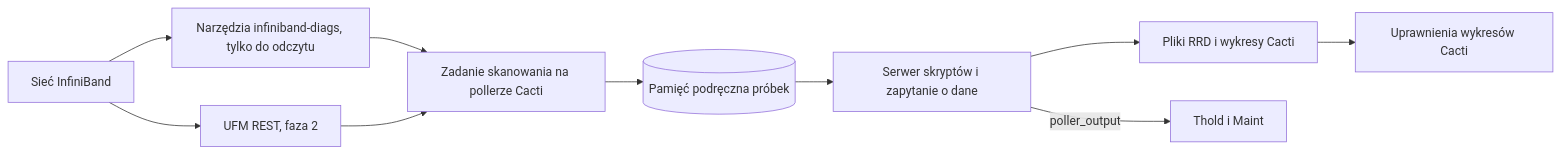
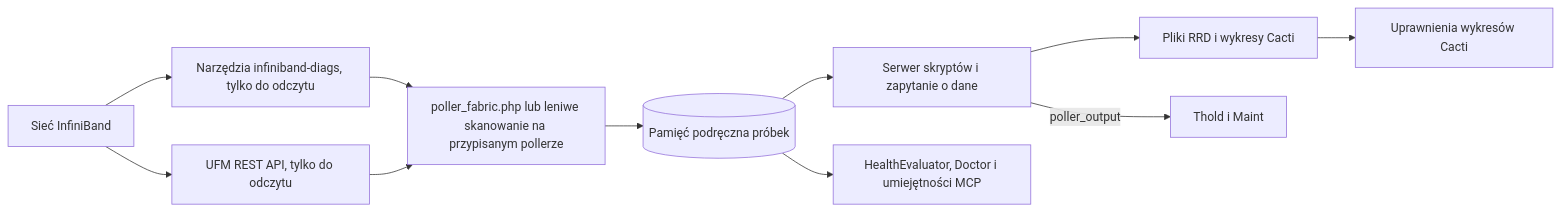
The diagram in docs/i18n/pl-PL/README.md (somethingwithproof/plugin_fabric), drawn with Mermaid before and after one commit. The commit also changed other lines of this file and 48 other files, not shown here.

````diff
--- a/docs/i18n/pl-PL/README.md
+++ b/docs/i18n/pl-PL/README.md
@@ -102,12 +132,13 @@
 ```mermaid
 flowchart LR
     F[Sieć InfiniBand] --> T[Narzędzia infiniband-diags, tylko do odczytu]
-    F --> U[UFM REST, faza 2]
-    T --> S[Zadanie skanowania na pollerze Cacti]
+    F --> U[UFM REST API, tylko do odczytu]
+    T --> S[poller_fabric.php lub leniwe skanowanie na przypisanym pollerze]
     U --> S
     S --> C[(Pamięć podręczna próbek)]
     C --> SS[Serwer skryptów i zapytanie o dane]
     SS --> R[Pliki RRD i wykresy Cacti]
     SS -->|poller_output| TH[Thold i Maint]
+    C --> H[HealthEvaluator, Doctor i umiejętności MCP]
     R --> P[Uprawnienia wykresów Cacti]
 ```
````
